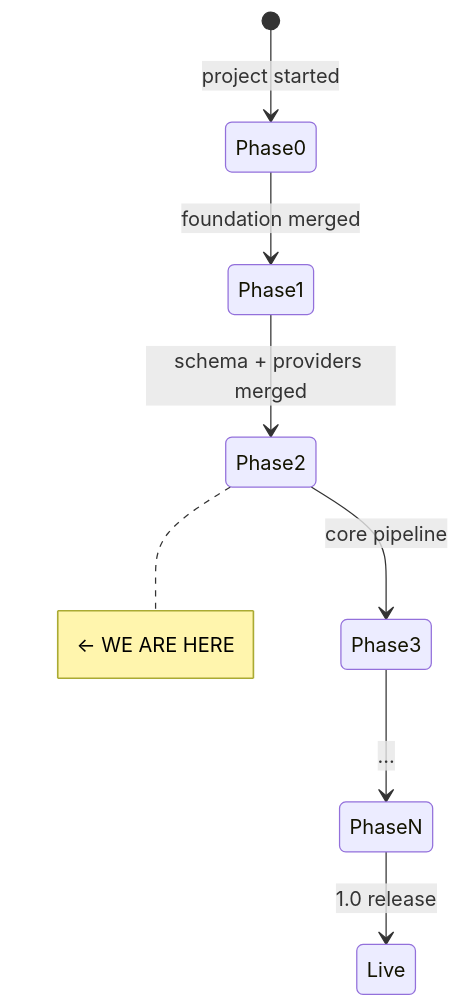
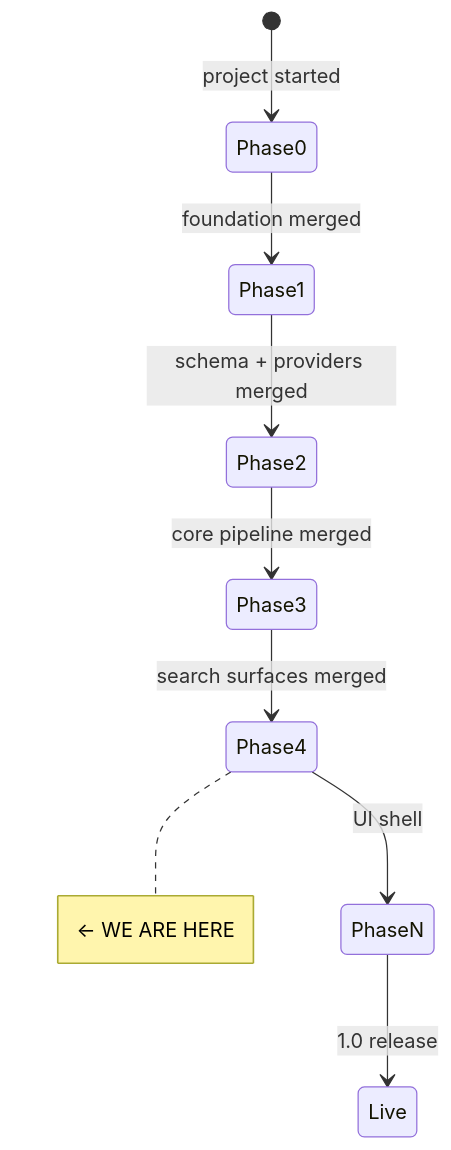
One commit to dataforaction-tom/open-recs-local changed the diagram in STATE.md. Above: the diagram before and after it, drawn with Mermaid. The commit also changed other lines of this file and 20 other files, not shown here.

First line of the commit message:
phase 3: search surfaces (hybrid + keyword + chat) (#5)

````diff
--- a/STATE.md
+++ b/STATE.md
@@ -7,11 +7,12 @@
 ```mermaid
 stateDiagram-v2
     [*] --> Phase0: project started
     Phase0 --> Phase1: foundation merged
     Phase1 --> Phase2: schema + providers merged
-    Phase2 --> Phase3: core pipeline
-    Phase3 --> PhaseN: ...
+    Phase2 --> Phase3: core pipeline merged
+    Phase3 --> Phase4: search surfaces merged
+    Phase4 --> PhaseN: UI shell
     PhaseN --> Live: 1.0 release
 
-    note right of Phase2: ← WE ARE HERE
+    note right of Phase4: ← WE ARE HERE
 ```
````
